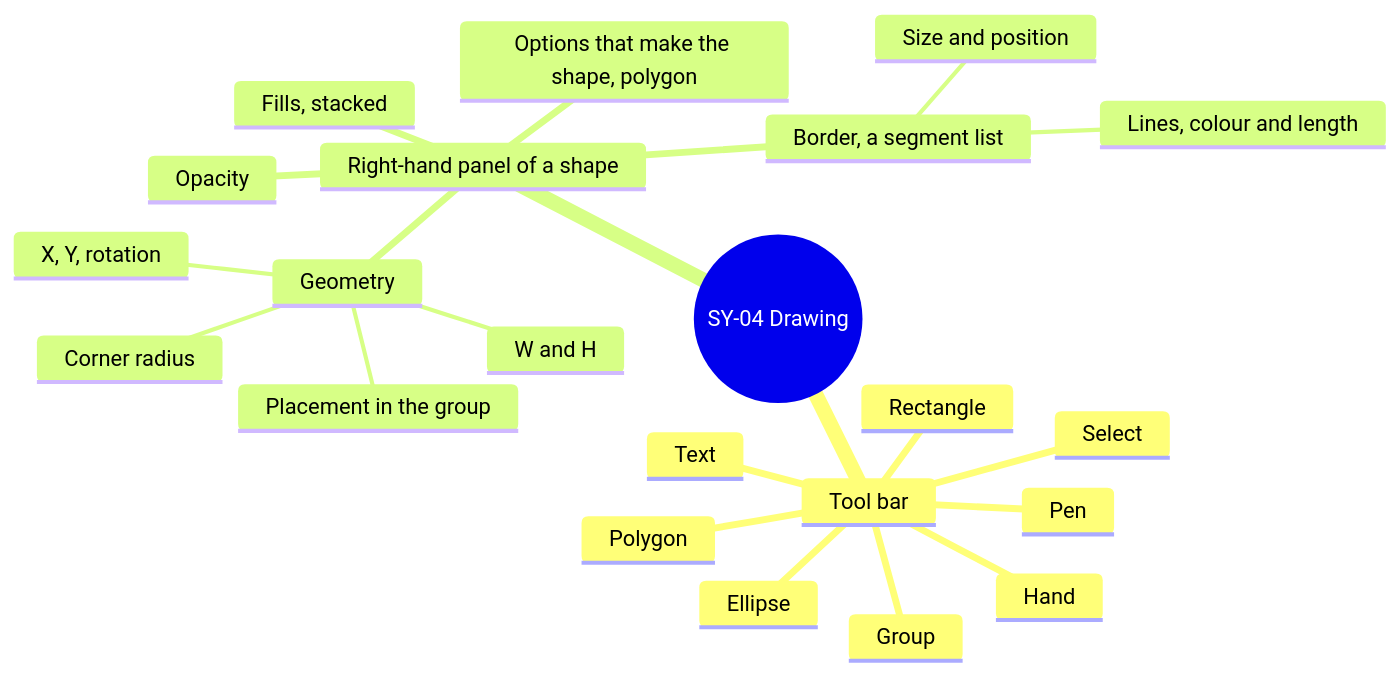
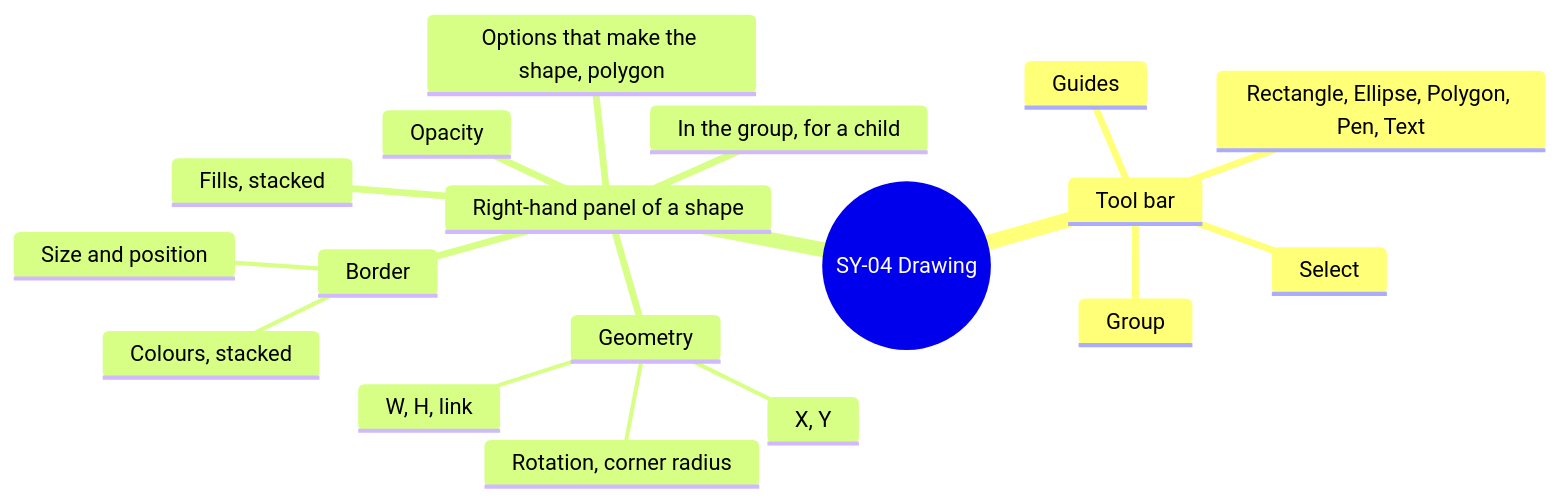
The sixth of 16 diagrams in screens/symbols.md (AlexandreGallais/synoptic-studio-spec), drawn with Mermaid before and after one commit. The commit also changed other lines of this file and 32 other files, not shown here.

````diff
--- a/screens/symbols.md
+++ b/screens/symbols.md
@@ -185,25 +186,21 @@
 ```mermaid
 mindmap
   root((SY-04 Drawing))
     Tool bar
       Select
-      Hand
       Group
-      Rectangle
-      Ellipse
-      Polygon
-      Pen
-      Text
+      Rectangle, Ellipse, Polygon, Pen, Text
+      Guides
     Right-hand panel of a shape
+      In the group, for a child
+      Geometry
+        W, H, link
+        X, Y
+        Rotation, corner radius
       Options that make the shape, polygon
-      Geometry
-        W and H
-        X, Y, rotation
-        Placement in the group
-        Corner radius
       Opacity
       Fills, stacked
-      Border, a segment list
-        Lines, colour and length
+      Border
         Size and position
+        Colours, stacked
 ```
````
